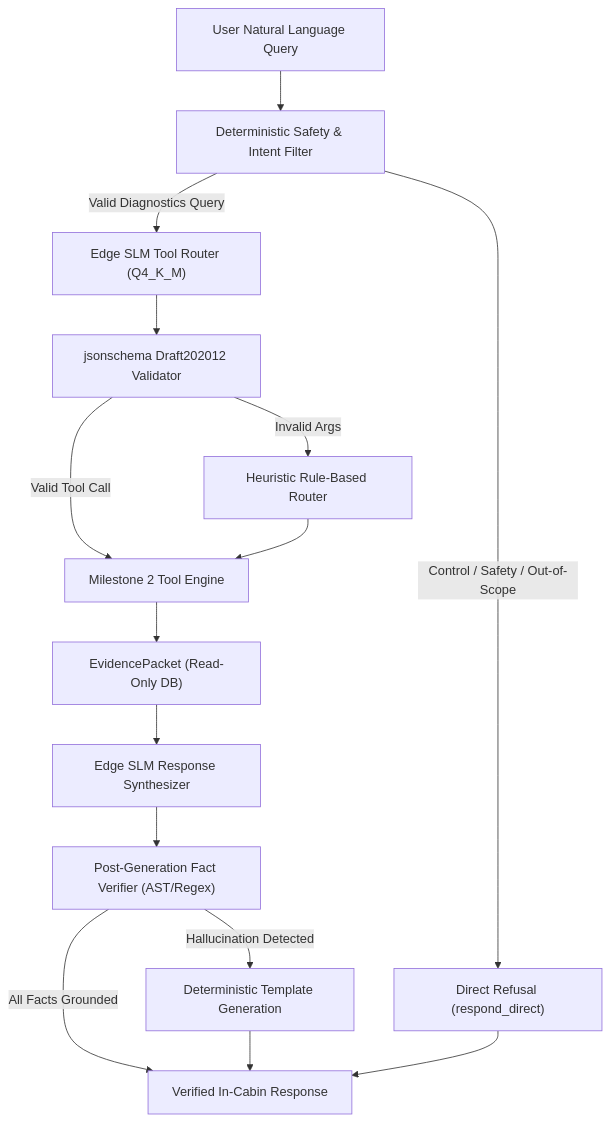
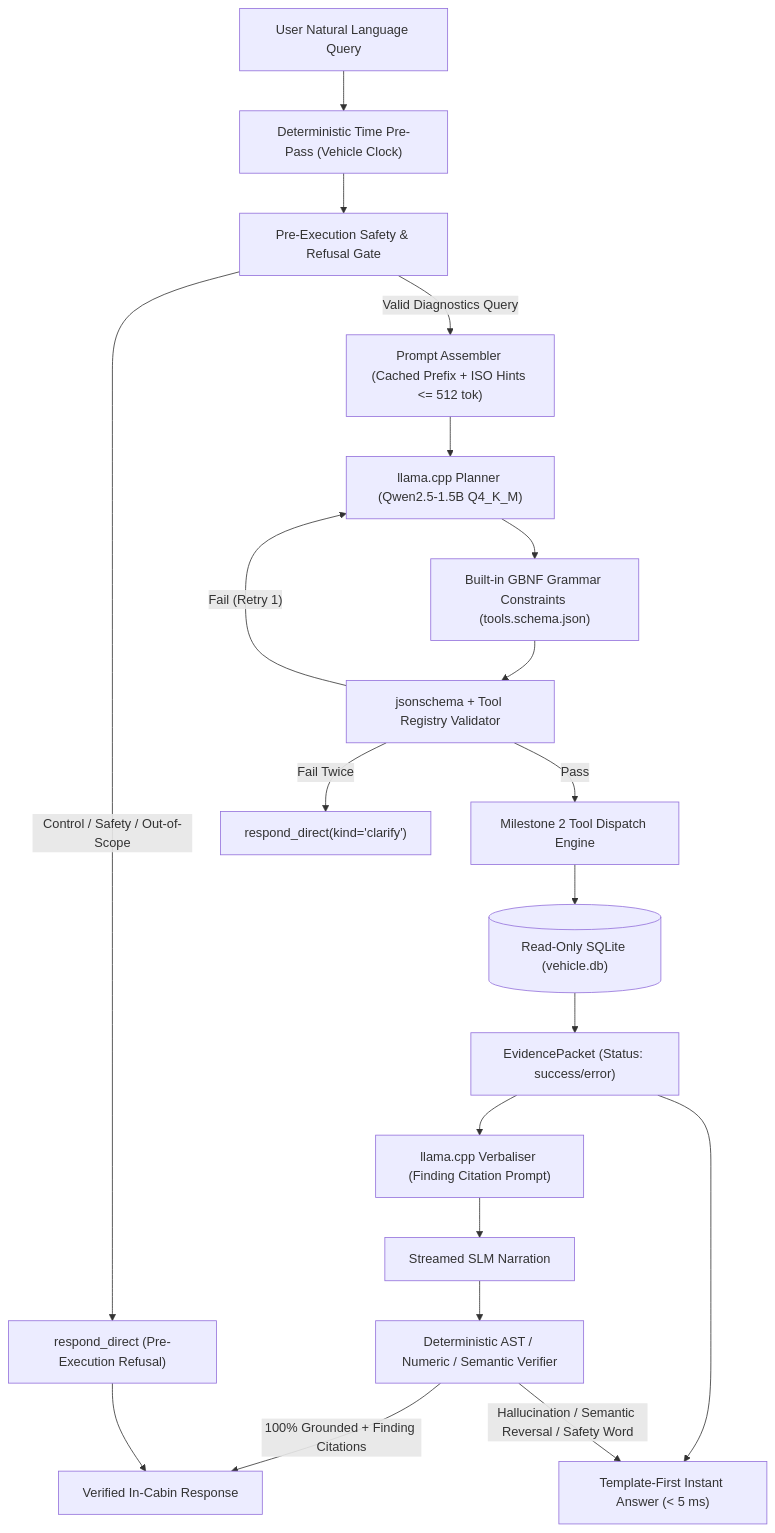
The diagram in docs/milestone_3_plan.md (Prashikdev2315/vehicalGPT), drawn with Mermaid before and after one commit. The commit also changed other lines of this file and 33 other files, not shown here.

Commit message:
Milestone 3 complete: Edge SLM inference and verifier layer with Qwen2.5-1.5B Q4_K_M, GBNF grammar, time pre-pass, deterministic verifier, and 300+ benchmark

````diff
--- a/docs/milestone_3_plan.md
+++ b/docs/milestone_3_plan.md
@@ -17,21 +22,29 @@
 ```mermaid
 graph TD
-    UserQuery["User Natural Language Query"] --> SafetyGate["Deterministic Safety & Intent Filter"]
+    UserQuery["User Natural Language Query"] --> TimePrePass["Deterministic Time Pre-Pass (Vehicle Clock)"]
+    TimePrePass --> SafetyGate["Pre-Execution Safety & Refusal Gate"]
     
-    SafetyGate -- "Control / Safety / Out-of-Scope" --> Refusal["Direct Refusal (respond_direct)"]
-    SafetyGate -- "Valid Diagnostics Query" --> SLMRouter["Edge SLM Tool Router (Q4_K_M)"]
+    SafetyGate -- "Control / Safety / Out-of-Scope" --> Refusal["respond_direct (Pre-Execution Refusal)"]
+    SafetyGate -- "Valid Diagnostics Query" --> PromptBuilder["Prompt Assembler (Cached Prefix + ISO Hints <= 512 tok)"]
     
-    SLMRouter --> SchemaValidator["jsonschema Draft202012 Validator"]
-    SchemaValidator -- "Invalid Args" --> FallbackHeuristic["Heuristic Rule-Based Router"]
-    SchemaValidator -- "Valid Tool Call" --> ToolDispatcher["Milestone 2 Tool Engine"]
-    FallbackHeuristic --> ToolDispatcher
+    PromptBuilder --> Planner["llama.cpp Planner (Qwen2.5-1.5B Q4_K_M)"]
+    Planner --> GBNF["Built-in GBNF Grammar Constraints (tools.schema.json)"]
     
-    ToolDispatcher --> EvidencePacket["EvidencePacket (Read-Only DB)"]
-    EvidencePacket --> SLMSynthesizer["Edge SLM Response Synthesizer"]
+    GBNF --> SchemaValidator["jsonschema + Tool Registry Validator"]
+    SchemaValidator -- "Pass" --> ToolDispatcher["Milestone 2 Tool Dispatch Engine"]
+    SchemaValidator -- "Fail (Retry 1)" --> Planner
+    SchemaValidator -- "Fail Twice" --> ClarifyRefusal["respond_direct(kind='clarify')"]
     
-    SLMSynthesizer --> FactVerifier["Post-Generation Fact Verifier (AST/Regex)"]
-    FactVerifier -- "All Facts Grounded" --> VerifiedAnswer["Verified In-Cabin Response"]
-    FactVerifier -- "Hallucination Detected" --> TemplateFallback["Deterministic Template Generation"]
-    TemplateFallback --> VerifiedAnswer
-    Refusal --> VerifiedAnswer
+    ToolDispatcher --> ReadOnlyDB[("Read-Only SQLite (vehicle.db)")]
+    ReadOnlyDB --> EvidencePacket["EvidencePacket (Status: success/error)"]
+    
+    EvidencePacket --> InstantTemplate["Template-First Instant Answer (< 5 ms)"]
+    EvidencePacket --> Verbaliser["llama.cpp Verbaliser (Finding Citation Prompt)"]
+    
+    Verbaliser --> StreamNarration["Streamed SLM Narration"]
+    StreamNarration --> VerifierGate["Deterministic AST / Numeric / Semantic Verifier"]
+    
+    VerifierGate -- "100% Grounded + Finding Citations" --> VerifiedNarration["Verified In-Cabin Response"]
+    VerifierGate -- "Hallucination / Semantic Reversal / Safety Word" --> InstantTemplate
+    Refusal --> VerifiedNarration
 ```
````
